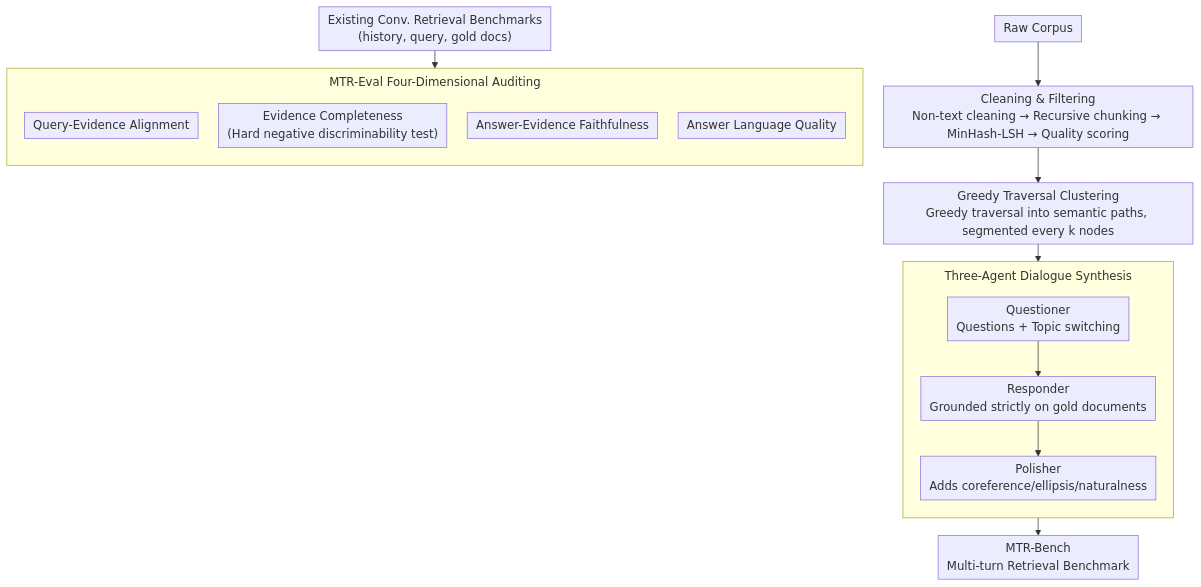
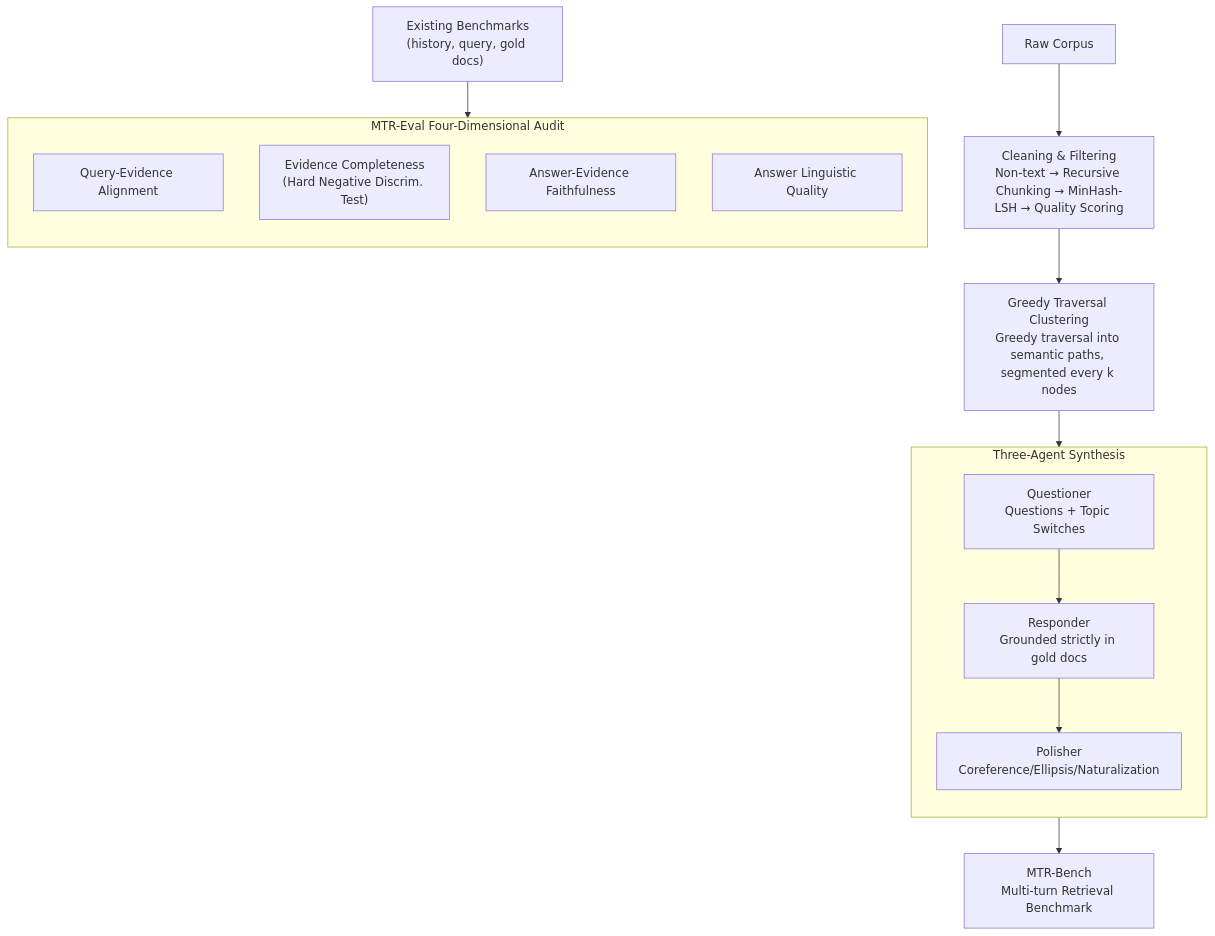
Before and after one commit to zhaoyang97/Paper-Notes-en: the diagram in docs/ACL2026/information_retrieval/mtr-suite_a_framework_for_evaluating_and_synthesizing_conversational_retrieval_b.md, drawn with Mermaid. The commit also changed other lines of this file and 5084 other files, not shown here.

````diff
--- a/docs/ACL2026/information_retrieval/mtr-suite_a_framework_for_evaluating_and_synthesizing_conversational_retrieval_b.md
+++ b/docs/ACL2026/information_retrieval/mtr-suite_a_framework_for_evaluating_and_synthesizing_conversational_retrieval_b.md
@@ -46,20 +46,19 @@
 ```mermaid
-%%{init: {'flowchart': {'rankSpacing': 24, 'nodeSpacing': 28, 'padding': 6, 'wrappingWidth': 400, 'subGraphTitleMargin': {'top': 8, 'bottom': 16}}}}%%
-flowchart TD
-    IN1["Existing Conv. Retrieval Benchmarks<br/>(history, query, gold docs)"] --> EVAL
-    subgraph EVAL["MTR-Eval Four-Dimensional Auditing"]
+graph TD
+    IN1["Existing Benchmarks<br/>(history, query, gold docs)"] --> EVAL
+    subgraph EVAL["MTR-Eval Four-Dimensional Audit"]
         direction TB
         E1["Query-Evidence Alignment"]
-        E2["Evidence Completeness<br/>(Hard negative discriminability test)"]
+        E2["Evidence Completeness<br/>(Hard Negative Discrim. Test)"]
         E3["Answer-Evidence Faithfulness"]
-        E4["Answer Language Quality"]
+        E4["Answer Linguistic Quality"]
     end
-    IN2["Raw Corpus"] --> CLEAN["Cleaning & Filtering<br/>Non-text cleaning → Recursive chunking → MinHash-LSH → Quality scoring"]
+    IN2["Raw Corpus"] --> CLEAN["Cleaning & Filtering<br/>Non-text → Recursive Chunking → MinHash-LSH → Quality Scoring"]
     CLEAN --> GTC["Greedy Traversal Clustering<br/>Greedy traversal into semantic paths, segmented every k nodes"]
     GTC --> AGENT
-    subgraph AGENT["Three-Agent Dialogue Synthesis"]
+    subgraph AGENT["Three-Agent Synthesis"]
         direction TB
-        A1["Questioner<br/>Questions + Topic switching"] --> A2["Responder<br/>Grounded strictly on gold documents"] --> A3["Polisher<br/>Adds coreference/ellipsis/naturalness"]
+        A1["Questioner<br/>Questions + Topic Switches"] --> A2["Responder<br/>Grounded strictly in gold docs"] --> A3["Polisher<br/>Coreference/Ellipsis/Naturalization"]
     end
     AGENT --> BENCH["MTR-Bench<br/>Multi-turn Retrieval Benchmark"]
 ```
````
